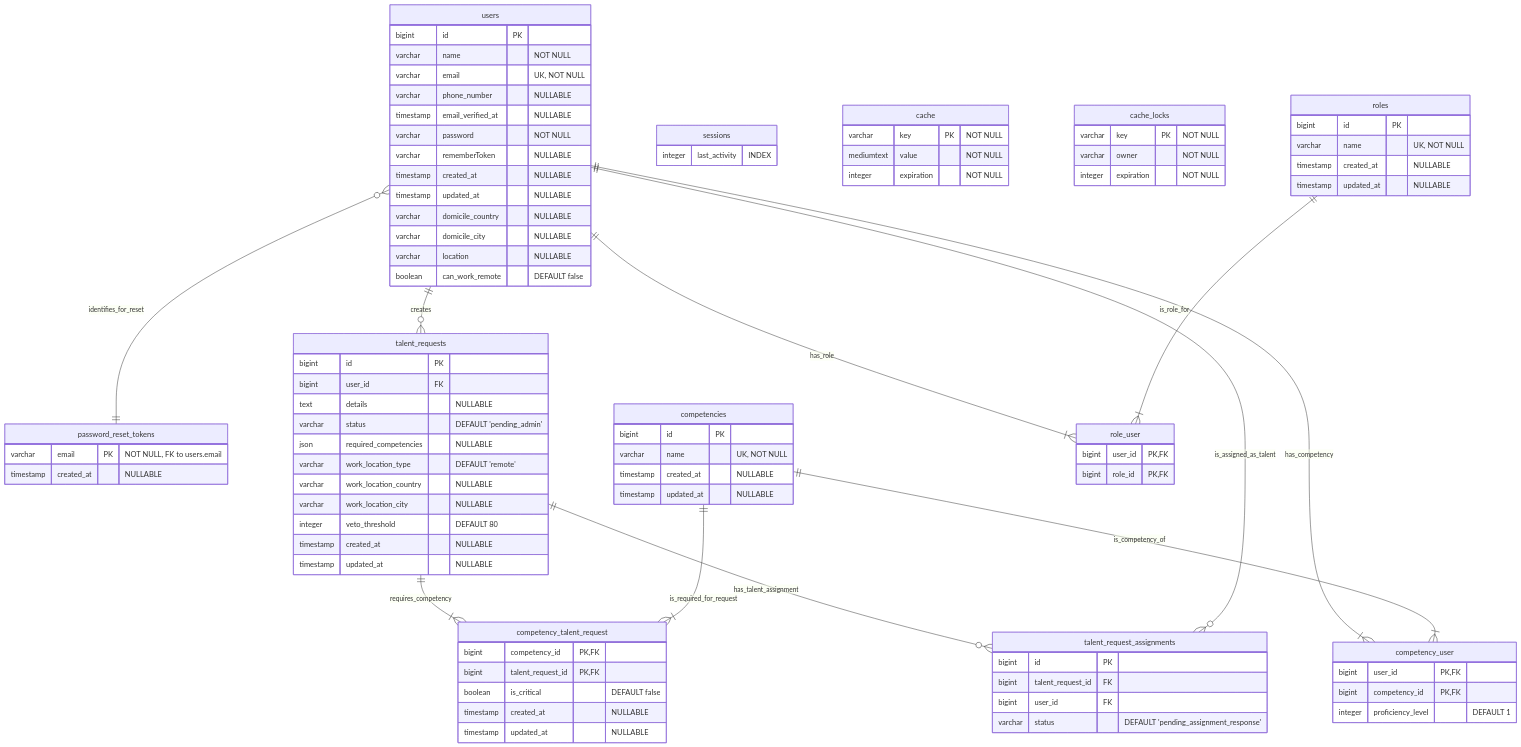
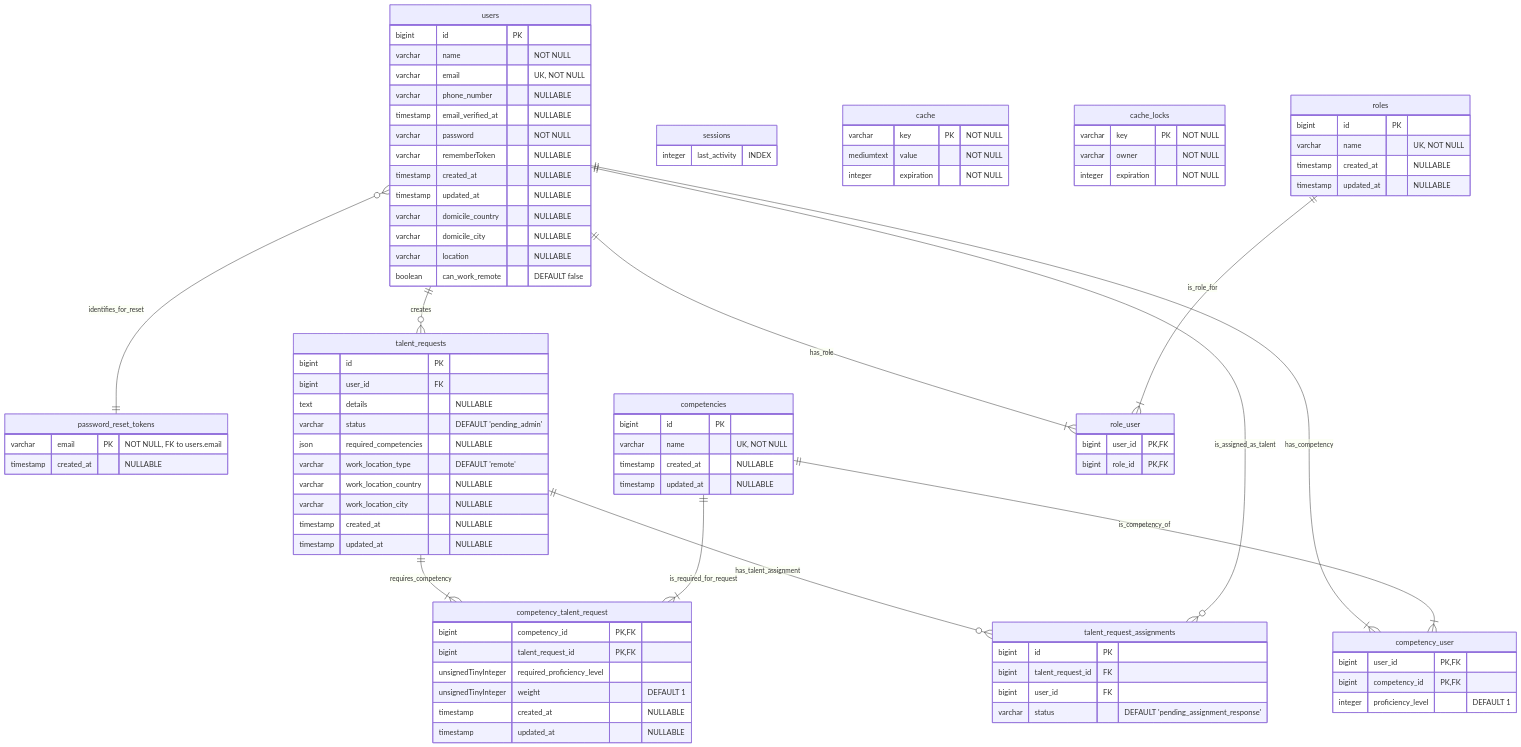
Before and after one commit to septianshft/Talent-engine-TA: the diagram in Mermaid UML/ERD.mermaid, drawn with Mermaid. The commit also changed 83 other files, not shown here.

```diff
--- a/Mermaid UML/ERD.mermaid
+++ b/Mermaid UML/ERD.mermaid
@@ -1,102 +1,102 @@
 erDiagram
     users {
         bigint id PK
         varchar name "NOT NULL"
         varchar email "UK, NOT NULL"
         varchar phone_number "NULLABLE"
         timestamp email_verified_at "NULLABLE"
         varchar password "NOT NULL"
         varchar rememberToken "NULLABLE"
         timestamp created_at "NULLABLE"
         timestamp updated_at "NULLABLE"
         varchar domicile_country "NULLABLE"
         varchar domicile_city "NULLABLE"
         varchar location "NULLABLE"
         boolean can_work_remote "DEFAULT false"
     }
 
     password_reset_tokens {
         varchar email PK "NOT NULL, FK to users.email"
         timestamp created_at "NULLABLE"
     }
 
     sessions {
         integer last_activity "INDEX"
     }
 
     cache {
         varchar key PK "NOT NULL"
         mediumtext value "NOT NULL"
         integer expiration "NOT NULL"
     }
 
     cache_locks {
         varchar key PK "NOT NULL"
         varchar owner "NOT NULL"
         integer expiration "NOT NULL"
     }
 
     competencies {
         bigint id PK
         varchar name "UK, NOT NULL"
         timestamp created_at "NULLABLE"
         timestamp updated_at "NULLABLE"
     }
 
     talent_requests {
         bigint id PK
         bigint user_id FK
         text details "NULLABLE"
         varchar status "DEFAULT 'pending_admin'"
         json required_competencies "NULLABLE"
         varchar work_location_type "DEFAULT 'remote'"
         varchar work_location_country "NULLABLE"
         varchar work_location_city "NULLABLE"
-        integer veto_threshold "DEFAULT 80"
         timestamp created_at "NULLABLE"
         timestamp updated_at "NULLABLE"
     }
 
     competency_user {
         bigint user_id PK, FK
         bigint competency_id PK, FK
         integer proficiency_level "DEFAULT 1"
     }
 
     competency_talent_request {
         bigint competency_id PK, FK
         bigint talent_request_id PK, FK
-        boolean is_critical "DEFAULT false"
+        unsignedTinyInteger required_proficiency_level
+        unsignedTinyInteger weight "DEFAULT 1"
         timestamp created_at "NULLABLE"
         timestamp updated_at "NULLABLE"
     }
 
     roles {
         bigint id PK
         varchar name "UK, NOT NULL"
         timestamp created_at "NULLABLE"
         timestamp updated_at "NULLABLE"
     }
 
     role_user {
         bigint user_id PK, FK
         bigint role_id PK, FK
     }
 
     talent_request_assignments {
         bigint id PK
         bigint talent_request_id FK
         bigint user_id FK
         varchar status "DEFAULT 'pending_assignment_response'"
     }
 
     users ||--o{ talent_requests : "creates"
     users }o--|| password_reset_tokens : "identifies_for_reset"
     users ||--|{ competency_user : "has_competency"
     competencies ||--|{ competency_user : "is_competency_of"
     users ||--|{ role_user : "has_role"
     roles ||--|{ role_user : "is_role_for"
     talent_requests ||--|{ competency_talent_request : "requires_competency"
     competencies ||--|{ competency_talent_request : "is_required_for_request"
     talent_requests ||--o{ talent_request_assignments : "has_talent_assignment"
     users ||--o{ talent_request_assignments : "is_assigned_as_talent"
```
